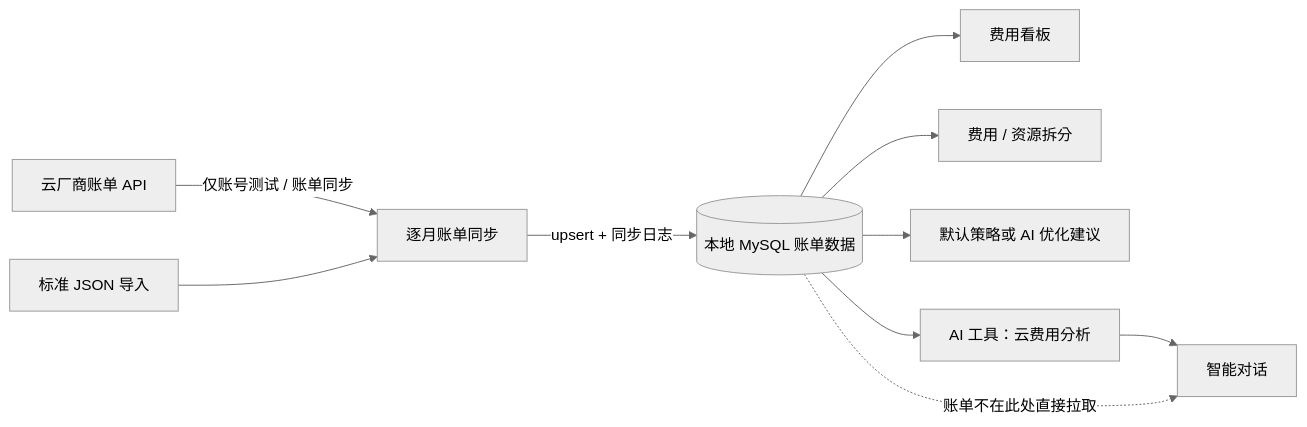
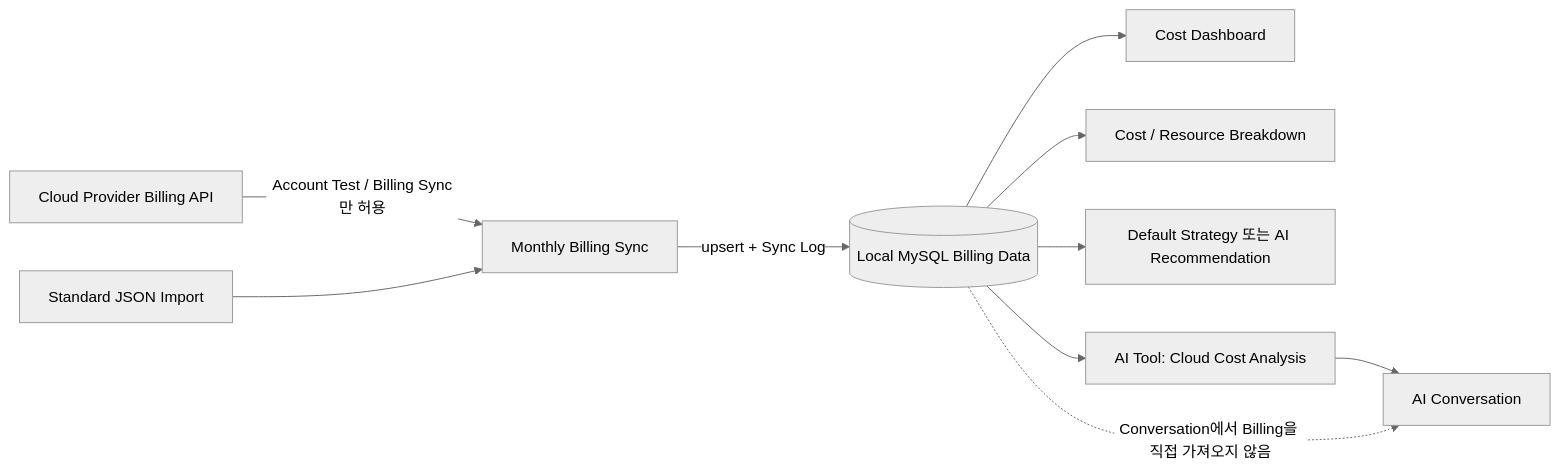
One commit to acc0mplish/ops-admin changed the diagram in docs/architecture/finops-ai-data-flow.md. Above: the diagram before and after it, drawn with Mermaid (neutral theme). The commit also changed other lines of this file, not shown here.

Commit message:
docs(i18n): localize FinOps AI data flow

````diff
--- a/docs/architecture/finops-ai-data-flow.md
+++ b/docs/architecture/finops-ai-data-flow.md
@@ -20,12 +20,12 @@
 ```mermaid
 flowchart LR
-  Cloud[云厂商账单 API] -->|仅账号测试 / 账单同步| Sync[逐月账单同步]
-  Import[标准 JSON 导入] --> Sync
-  Sync -->|upsert + 同步日志| DB[(本地 MySQL 账单数据)]
-  DB --> Dashboard[费用看板]
-  DB --> Breakdown[费用 / 资源拆分]
-  DB --> Advice[默认策略或 AI 优化建议]
-  DB --> Tool[AI 工具：云费用分析]
-  Tool --> Chat[智能对话]
-  DB -.账单不在此处直接拉取.-> Chat
+  Cloud[Cloud Provider Billing API] -->|Account Test / Billing Sync만 허용| Sync[Monthly Billing Sync]
+  Import[Standard JSON Import] --> Sync
+  Sync -->|upsert + Sync Log| DB[(Local MySQL Billing Data)]
+  DB --> Dashboard[Cost Dashboard]
+  DB --> Breakdown[Cost / Resource Breakdown]
+  DB --> Advice[Default Strategy 또는 AI Recommendation]
+  DB --> Tool[AI Tool: Cloud Cost Analysis]
+  Tool --> Chat[AI Conversation]
+  DB -.Conversation에서 Billing을 직접 가져오지 않음.-> Chat
 ```
````
